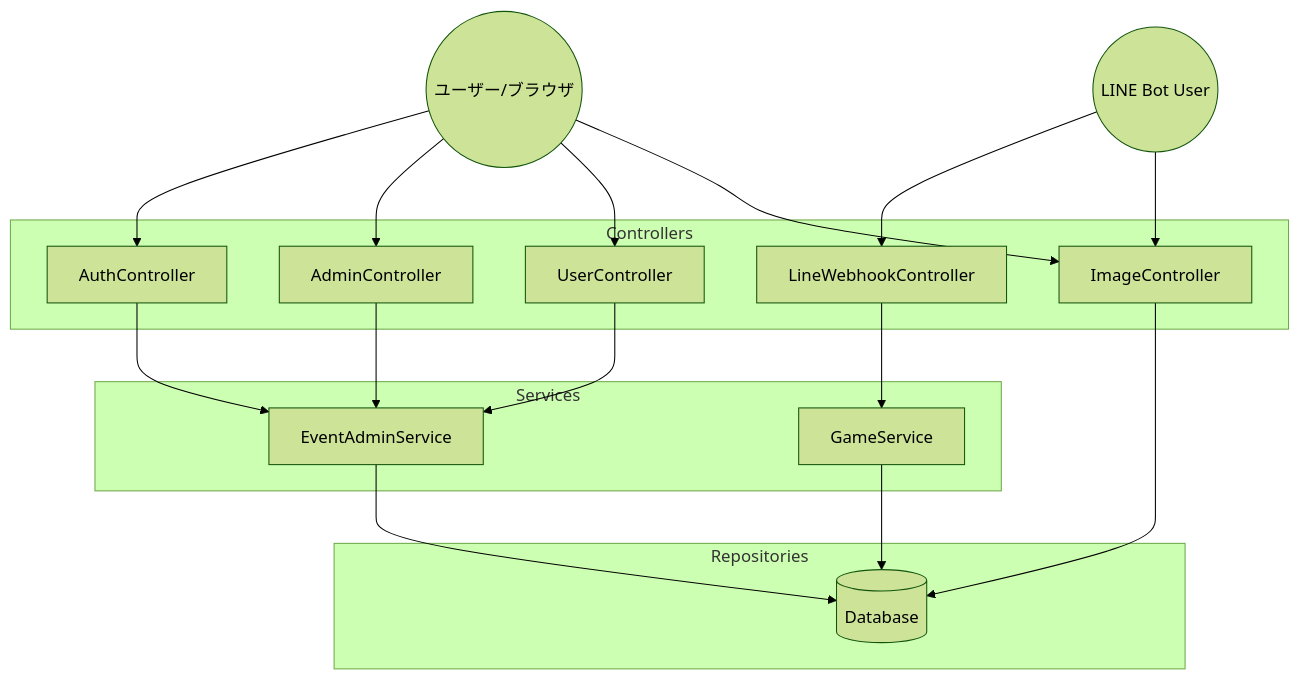
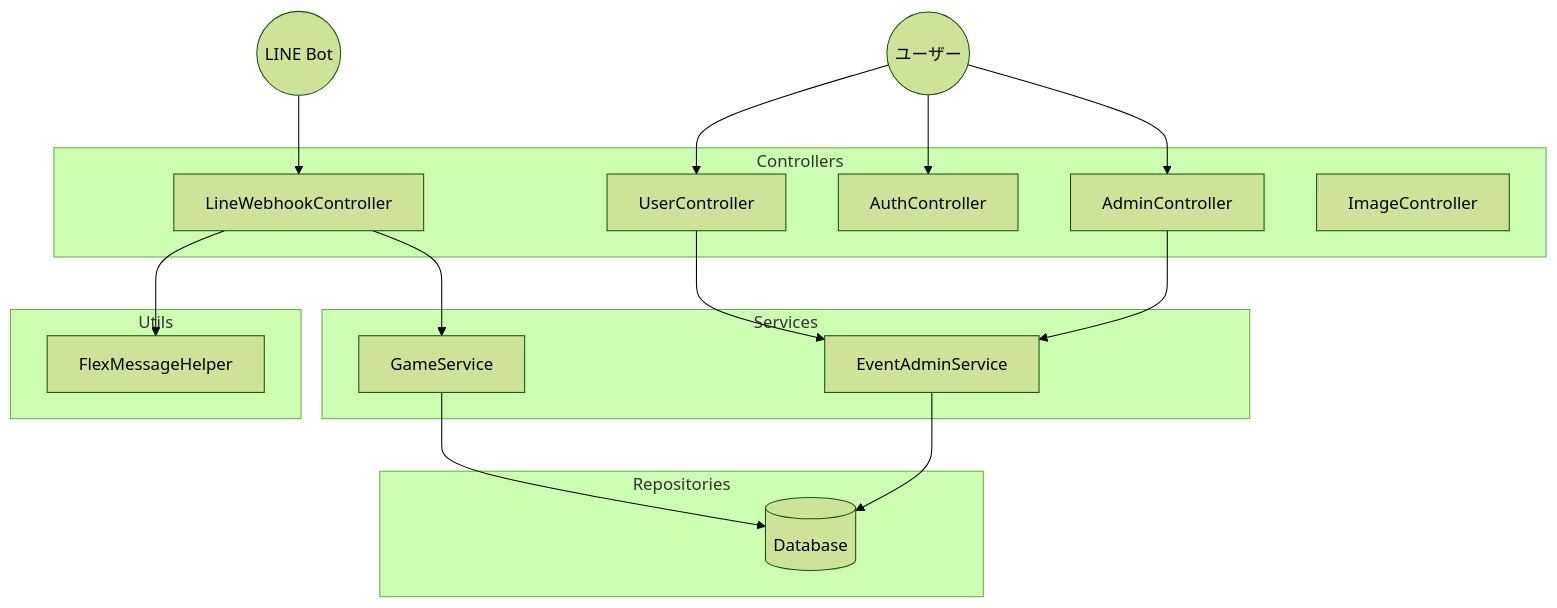
The second of 2 diagrams in DESIGN.md (gantaro-max/mysterybot), drawn with Mermaid (forest theme) before and after one commit. The commit also changed other lines of this file and 2 other files, not shown here.

````diff
--- a/DESIGN.md
+++ b/DESIGN.md
@@ -254,39 +183,39 @@
 ```mermaid
 graph TD
-    User((ユーザー/ブラウザ))
-    BotUser((LINE Bot User))
+    User((ユーザー))
+    BotUser((LINE Bot))
 
     subgraph Controllers
         AC[AdminController]
         UC[UserController]
         AuC[AuthController]
         LWC[LineWebhookController]
         IC[ImageController]
     end
 
     subgraph Services
         EAS[EventAdminService]
         GS[GameService]
     end
 
+    subgraph Utils
+        FMH[FlexMessageHelper]
+    end
+
     subgraph Repositories
         DB[(Database)]
     end
 
     User --> AuC
     User --> AC
     User --> UC
-    User --> IC
     BotUser --> LWC
-    BotUser --> IC
 
-    AuC --> EAS
+    LWC --> FMH
+    LWC --> GS
+    UC --> EAS
     AC --> EAS
-    UC --> EAS
-    LWC --> GS
 
-    IC --> DB
-
+    GS --> DB
     EAS --> DB
-    GS --> DB
 ```
````
